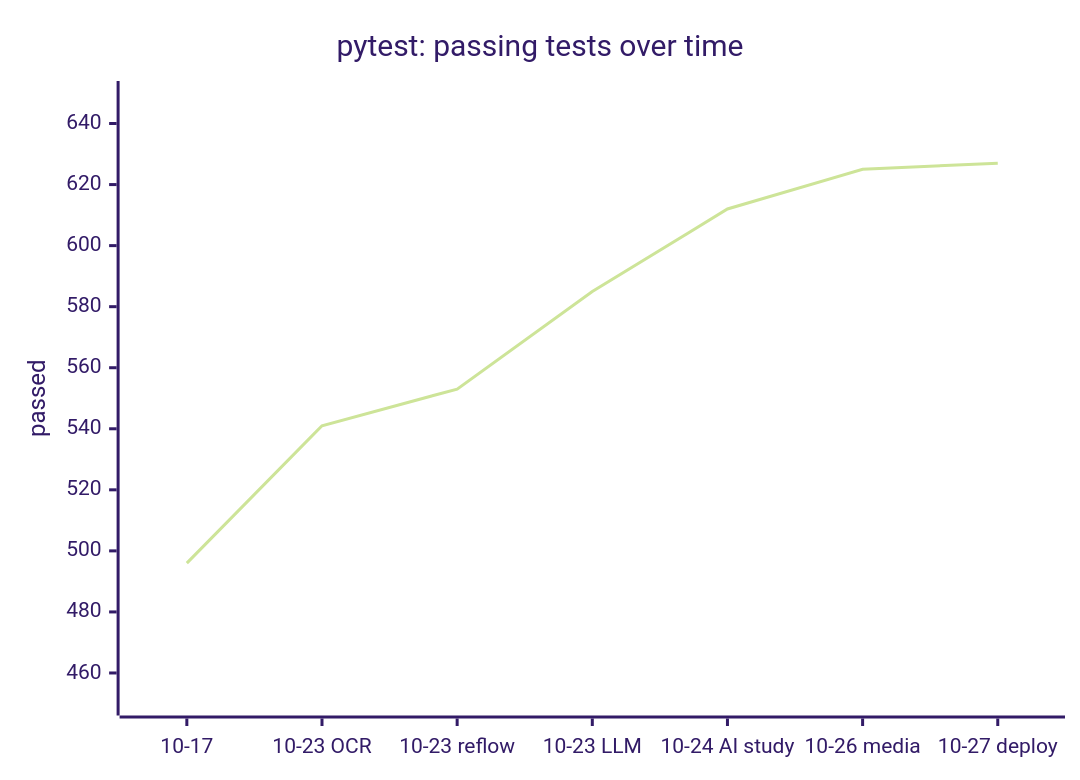
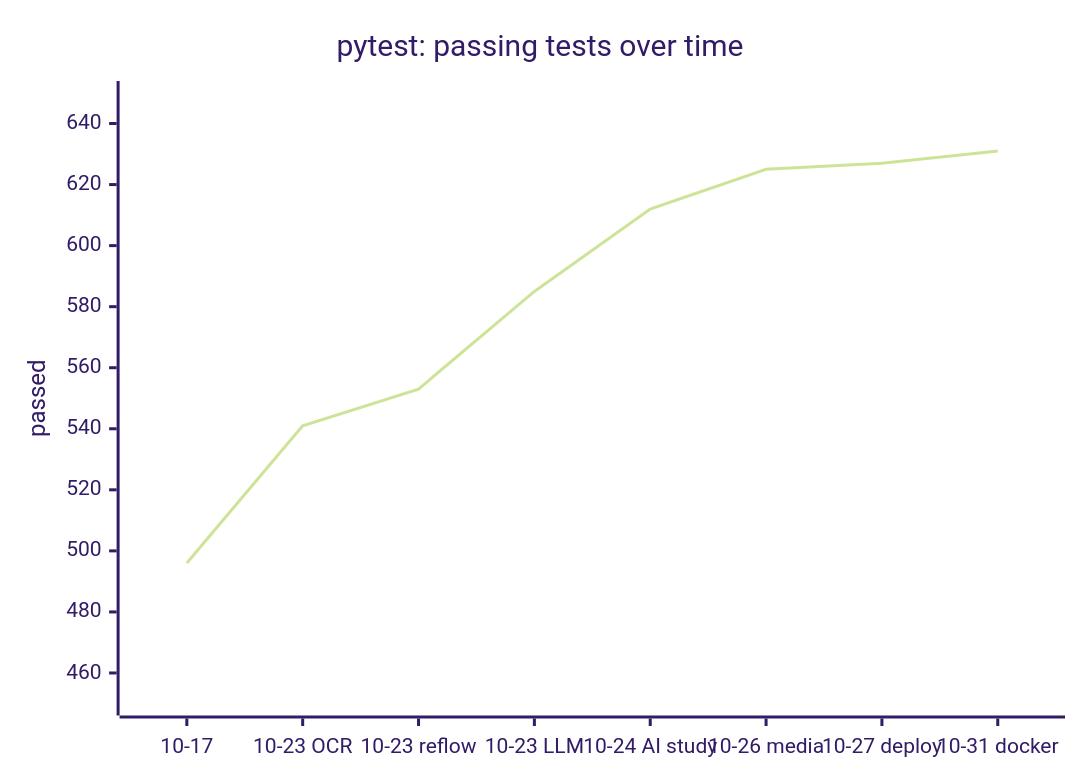
Before and after one commit to shreyajoshi144/notiv: the fifth of 5 diagrams in docs/RESULTS_AND_TESTING.md, drawn with Mermaid (forest theme). The commit also changed other lines of this file and 10 other files, not shown here.

First line of the commit message:
fix: verify Docker deployment and fix three deploy blockers

````diff
--- a/docs/RESULTS_AND_TESTING.md
+++ b/docs/RESULTS_AND_TESTING.md
@@ -126,7 +158,7 @@
 ```mermaid
 xychart-beta
     title "pytest: passing tests over time"
-    x-axis ["10-17", "10-23 OCR", "10-23 reflow", "10-23 LLM", "10-24 AI study", "10-26 media", "10-27 deploy"]
+    x-axis ["10-17", "10-23 OCR", "10-23 reflow", "10-23 LLM", "10-24 AI study", "10-26 media", "10-27 deploy", "10-31 docker"]
     y-axis "passed" 450 --> 650
-    line [496, 541, 553, 585, 612, 625, 627]
+    line [496, 541, 553, 585, 612, 625, 627, 631]
 ```
````
